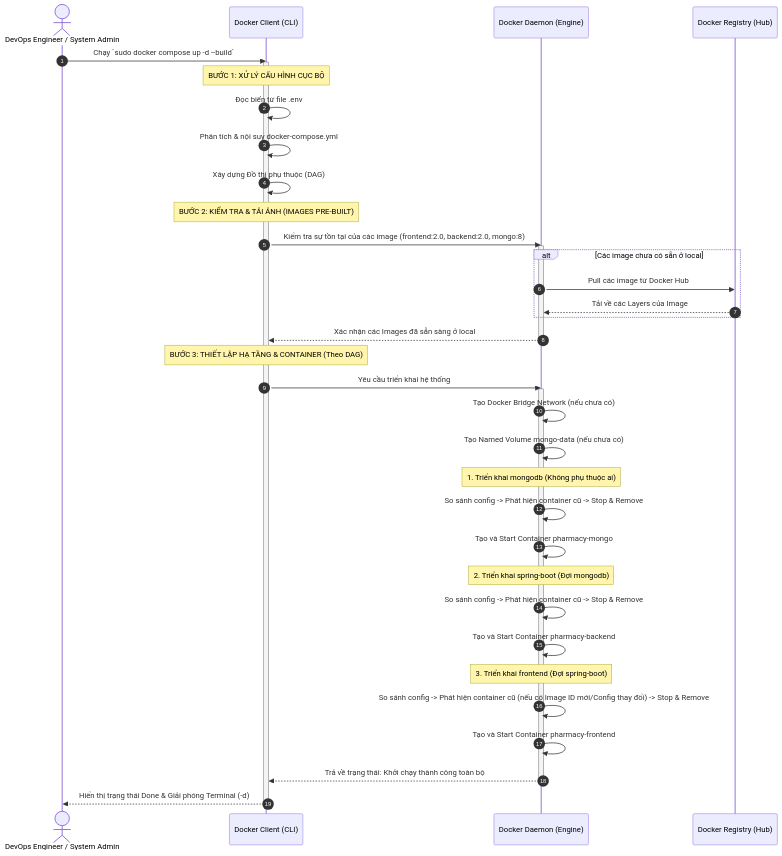
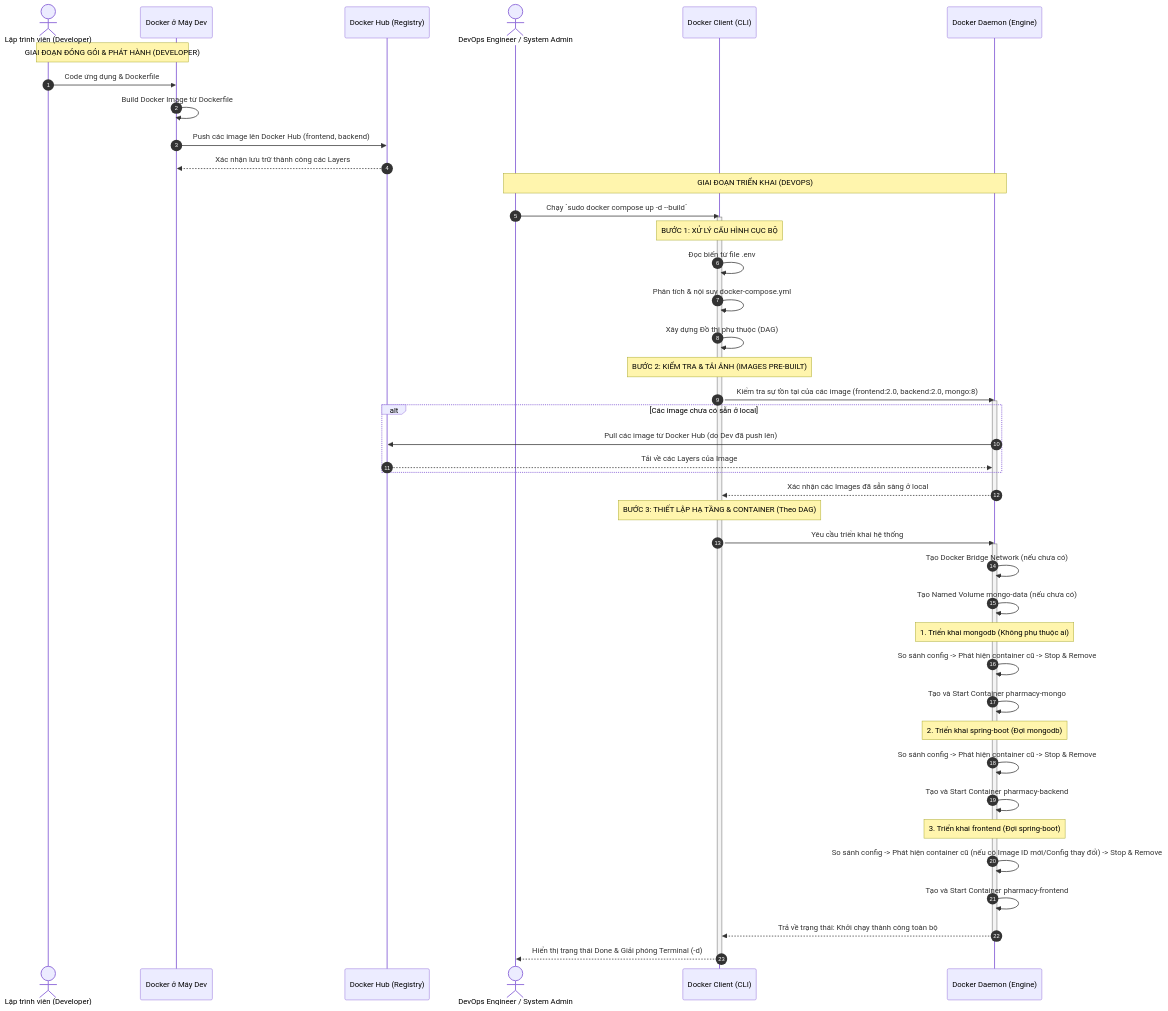
Before and after one commit to TranDinhSi1401/pharmacy-project: the second of 3 diagrams in tài liệu/file md/Pharmacy_Project_Huong_Dan_Docker_v2.0.md, drawn with Mermaid. The commit also changed other lines of this file and 3 other files, not shown here.

````diff
--- a/tài liệu/file md/Pharmacy_Project_Huong_Dan_Docker_v2.0.md
+++ b/tài liệu/file md/Pharmacy_Project_Huong_Dan_Docker_v2.0.md
@@ -190,50 +190,59 @@
 ```mermaid
 sequenceDiagram
     autonumber
+    actor Dev as Lập trình viên (Developer)
+    participant DevMachine as Docker ở Máy Dev
+    participant Registry as Docker Hub (Registry)
     actor Admin as DevOps Engineer / System Admin
     participant Client as Docker Client (CLI)
     participant Daemon as Docker Daemon (Engine)
-    participant Registry as Docker Registry (Hub)
 
+    Note over Dev, DevMachine: GIAI ĐOẠN ĐÓNG GÓI & PHÁT HÀNH (DEVELOPER)
+    Dev->>DevMachine: Code ứng dụng & Dockerfile
+    DevMachine->>DevMachine: Build Docker Image từ Dockerfile
+    DevMachine->>Registry: Push các image lên Docker Hub (frontend, backend)
+    Registry-->>DevMachine: Xác nhận lưu trữ thành công các Layers
+
+    Note over Admin, Daemon: GIAI ĐOẠN TRIỂN KHAI (DEVOPS)
     Admin->>Client: Chạy `sudo docker compose up -d --build`
     activate Client
     
     Note over Client: BƯỚC 1: XỬ LÝ CẤU HÌNH CỤC BỘ
     Client->>Client: Đọc biến từ file .env
     Client->>Client: Phân tích & nội suy docker-compose.yml
     Client->>Client: Xây dựng Đồ thị phụ thuộc (DAG)
     
     Note over Client: BƯỚC 2: KIỂM TRA & TẢI ẢNH (IMAGES PRE-BUILT)
     Client->>Daemon: Kiểm tra sự tồn tại của các image (frontend:2.0, backend:2.0, mongo:8)
     activate Daemon
     alt Các image chưa có sẵn ở local
-        Daemon->>Registry: Pull các image từ Docker Hub
+        Daemon->>Registry: Pull các image từ Docker Hub (do Dev đã push lên)
         Registry-->>Daemon: Tải về các Layers của Image
     end
     Daemon-->>Client: Xác nhận các Images đã sẵn sàng ở local
     deactivate Daemon
 
     Note over Client: BƯỚC 3: THIẾT LẬP HẠ TẦNG & CONTAINER (Theo DAG)
     Client->>Daemon: Yêu cầu triển khai hệ thống
     activate Daemon
     Daemon->>Daemon: Tạo Docker Bridge Network (nếu chưa có)
     Daemon->>Daemon: Tạo Named Volume mongo-data (nếu chưa có)
     
     Note over Daemon: 1. Triển khai mongodb (Không phụ thuộc ai)
     Daemon->>Daemon: So sánh config -> Phát hiện container cũ -> Stop & Remove
     Daemon->>Daemon: Tạo và Start Container pharmacy-mongo
     
     Note over Daemon: 2. Triển khai spring-boot (Đợi mongodb)
     Daemon->>Daemon: So sánh config -> Phát hiện container cũ -> Stop & Remove
     Daemon->>Daemon: Tạo và Start Container pharmacy-backend
     
     Note over Daemon: 3. Triển khai frontend (Đợi spring-boot)
     Daemon->>Daemon: So sánh config -> Phát hiện container cũ (nếu có Image ID mới/Config thay đổi) -> Stop & Remove
     Daemon->>Daemon: Tạo và Start Container pharmacy-frontend
 
     Daemon-->>Client: Trả về trạng thái: Khởi chạy thành công toàn bộ
     deactivate Daemon
 
     Client-->>Admin: Hiển thị trạng thái Done & Giải phóng Terminal (-d)
     deactivate Client
 ```
````
